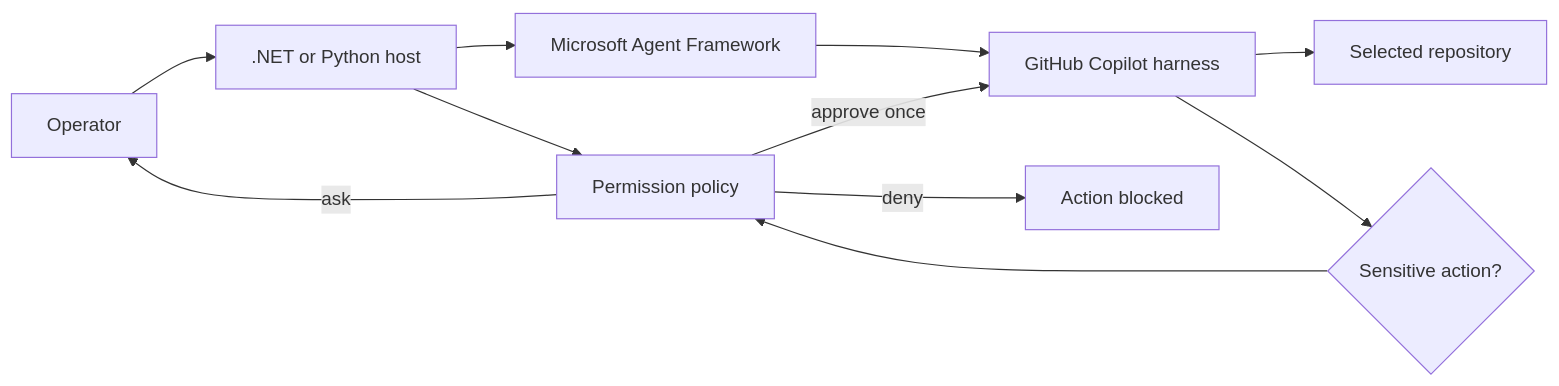
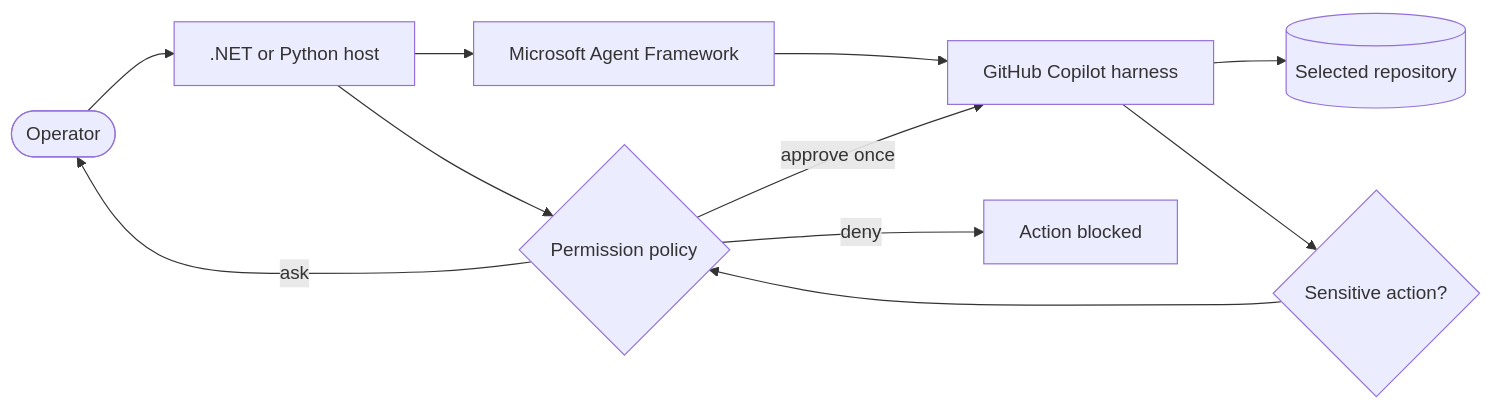
The diagram in README.md (sahansera/safe-repository-maintenance-agent), drawn with Mermaid before and after one commit. The commit also changed other lines of this file, not shown here.

````diff
--- a/README.md
+++ b/README.md
@@ -17,13 +103,13 @@
 ```mermaid
 flowchart LR
-    Operator --> Host[.NET or Python host]
-    Host --> Policy[Permission policy]
+    Operator([Operator]) --> Host[.NET or Python host]
+    Host --> Policy{Permission policy}
     Host --> MAF[Microsoft Agent Framework]
     MAF --> Copilot[GitHub Copilot harness]
-    Copilot --> Repo[Selected repository]
+    Copilot --> Repo[(Selected repository)]
     Copilot --> Request{Sensitive action?}
     Request --> Policy
     Policy -->|approve once| Copilot
     Policy -->|ask| Operator
     Policy -->|deny| Blocked[Action blocked]
 ```
````
